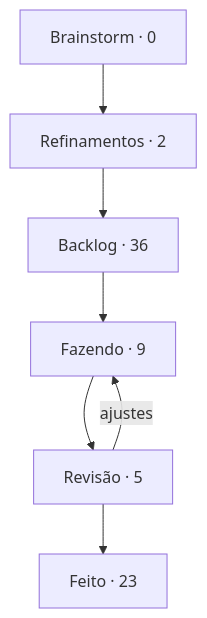
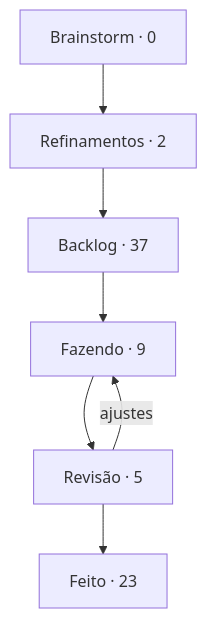
Before and after one commit to StudioVibi/VibiKanban: the diagram in boards/dungeon-bend/BOARD.md, drawn with Mermaid. The commit also changed other lines of this file and 3 other files, not shown here.

````diff
--- a/boards/dungeon-bend/BOARD.md
+++ b/boards/dungeon-bend/BOARD.md
@@ -5,12 +5,12 @@
 ```mermaid
 flowchart TD
   brainstorm["Brainstorm · 0"] --> refinamentos["Refinamentos · 2"]
-  refinamentos --> backlog["Backlog · 36"]
+  refinamentos --> backlog["Backlog · 37"]
   backlog --> doing["Fazendo · 9"]
   doing --> review["Revisão · 5"]
   review --> done["Feito · 23"]
   review -->|ajustes| doing
   doing:::blue
   review:::yellow
   done:::green
 ```
````
